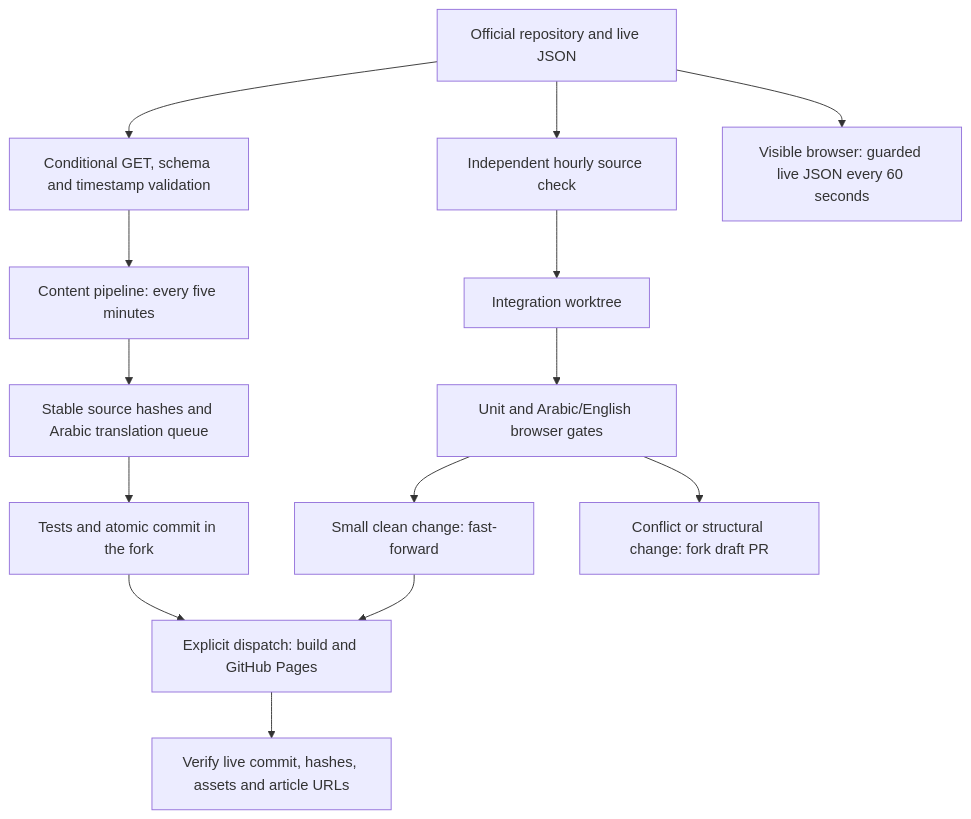
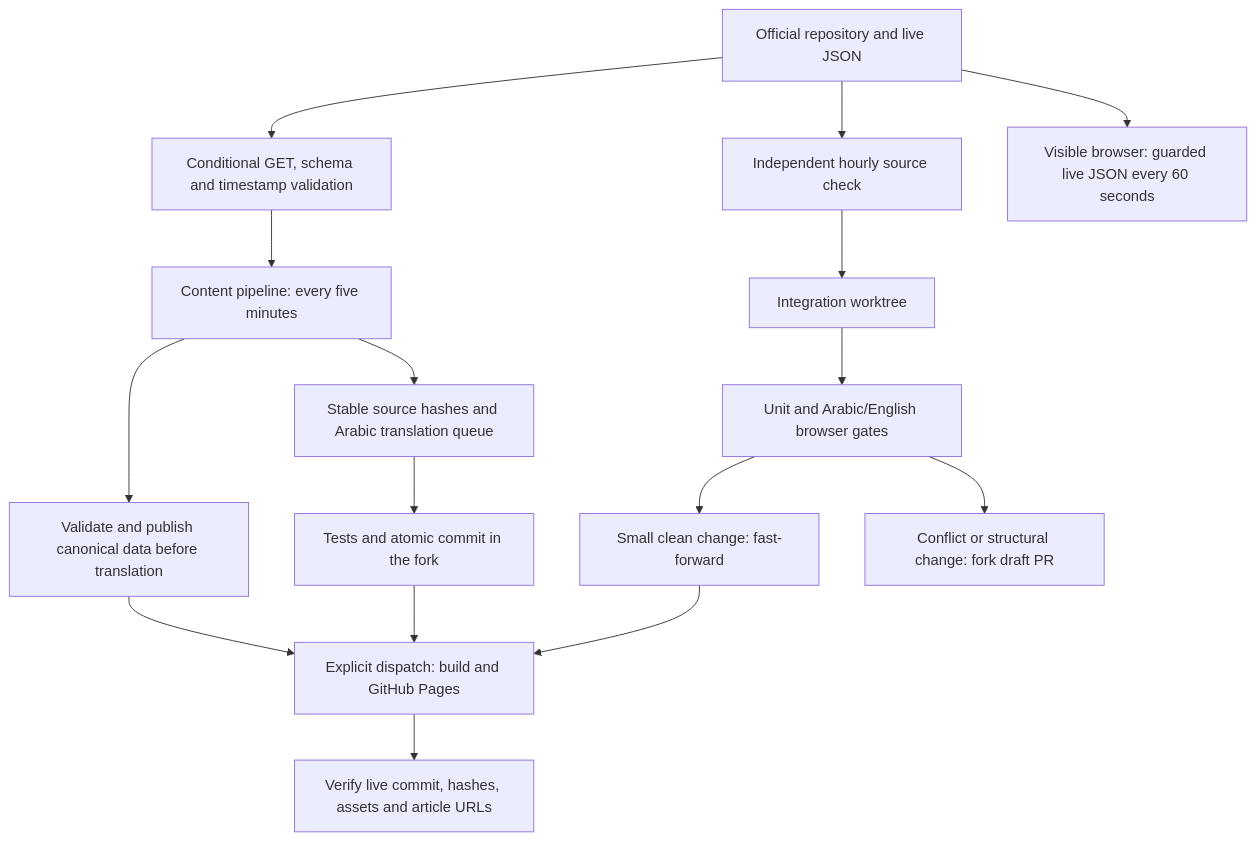
The diagram in docs/AUTOMATIC-SYNC.md (General-c4/portwatch-vi), drawn with Mermaid before and after one commit. The commit also changed other lines of this file, not shown here.

````diff
--- a/docs/AUTOMATIC-SYNC.md
+++ b/docs/AUTOMATIC-SYNC.md
@@ -5,16 +5,18 @@
 ```mermaid
 flowchart TD
   Official[Official repository and live JSON] --> Validate[Conditional GET, schema and timestamp validation]
   Validate --> Data[Content pipeline: every five minutes]
+  Data --> CanonicalGate[Validate and publish canonical data before translation]
+  CanonicalGate --> Pages
   Data --> Queue[Stable source hashes and Arabic translation queue]
   Queue --> Gate[Tests and atomic commit in the fork]
   Gate --> Pages[Explicit dispatch: build and GitHub Pages]
   Official --> Source[Independent hourly source check]
   Source --> Stage[Integration worktree]
   Stage --> Tests[Unit and Arabic/English browser gates]
   Tests --> Safe[Small clean change: fast-forward]
   Tests --> Review[Conflict or structural change: fork draft PR]
   Safe --> Pages
   Pages --> Verify[Verify live commit, hashes, assets and article URLs]
   Official --> Browser[Visible browser: guarded live JSON every 60 seconds]
 ```
````
